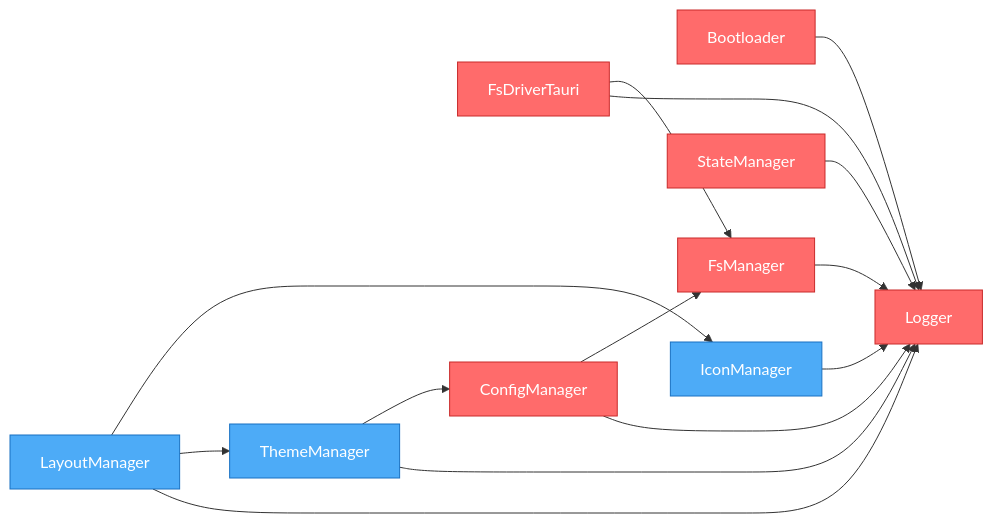
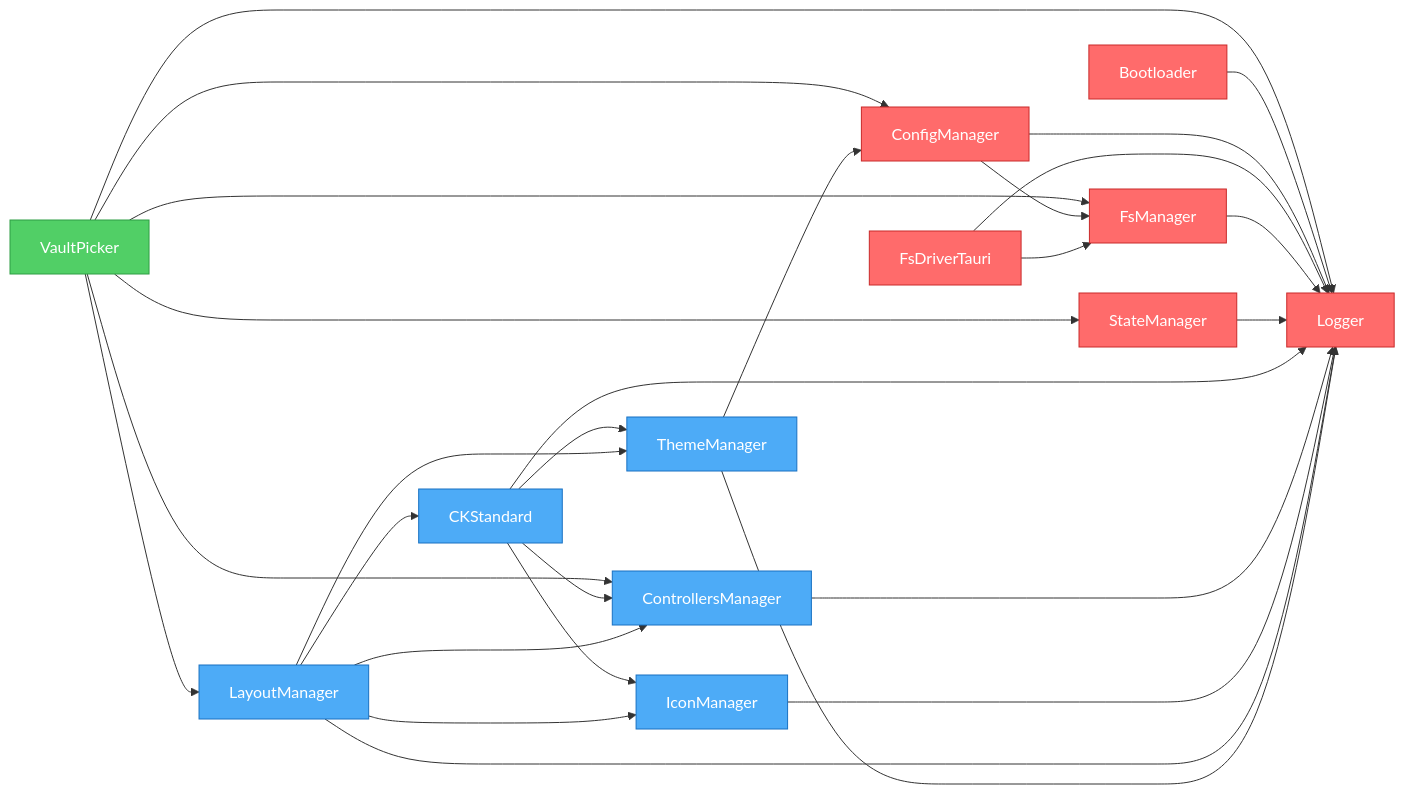
One commit to khton-tech/notehub.md changed the diagram in artifacts/graph.mmd. Above: the diagram before and after it, drawn with Mermaid. The commit also changed 23 other files, not shown here.

Commit message:
feat: Add vault picker plugin with supporting file system management and desktop integration.

```diff
--- a/artifacts/graph.mmd
+++ b/artifacts/graph.mmd
@@ -1,30 +1,47 @@
 flowchart LR
+    nh_features_vault-picker["VaultPicker"]
     nh_system_bootloader["Bootloader"]
+    nh_system_config-manager["ConfigManager"]
     nh_system_fs-driver-tauri["FsDriverTauri"]
-    nh_system_config-manager["ConfigManager"]
     nh_system_fs-manager["FsManager"]
     nh_system_logger["Logger"]
     nh_system_state-manager["StateManager"]
+    nh_ui_ck-standard["CKStandard"]
+    nh_ui_controllers-manager["ControllersManager"]
     nh_ui_icon-manager["IconManager"]
     nh_ui_layout-manager["LayoutManager"]
     nh_ui_theme-manager["ThemeManager"]
+    nh_features_vault-picker --> nh_system_fs-manager
+    nh_features_vault-picker --> nh_system_config-manager
+    nh_features_vault-picker --> nh_system_state-manager
+    nh_features_vault-picker --> nh_system_logger
+    nh_features_vault-picker --> nh_ui_controllers-manager
+    nh_features_vault-picker --> nh_ui_layout-manager
     nh_system_bootloader --> nh_system_logger
+    nh_system_config-manager --> nh_system_logger
+    nh_system_config-manager --> nh_system_fs-manager
     nh_system_fs-driver-tauri --> nh_system_logger
     nh_system_fs-driver-tauri --> nh_system_fs-manager
-    nh_system_config-manager --> nh_system_logger
-    nh_system_config-manager --> nh_system_fs-manager
     nh_system_fs-manager --> nh_system_logger
     nh_system_state-manager --> nh_system_logger
+    nh_ui_ck-standard --> nh_system_logger
+    nh_ui_ck-standard --> nh_ui_controllers-manager
+    nh_ui_ck-standard --> nh_ui_icon-manager
+    nh_ui_ck-standard --> nh_ui_theme-manager
+    nh_ui_controllers-manager --> nh_system_logger
     nh_ui_icon-manager --> nh_system_logger
     nh_ui_layout-manager --> nh_system_logger
     nh_ui_layout-manager --> nh_ui_theme-manager
     nh_ui_layout-manager --> nh_ui_icon-manager
+    nh_ui_layout-manager --> nh_ui_controllers-manager
+    nh_ui_layout-manager --> nh_ui_ck-standard
     nh_ui_theme-manager --> nh_system_logger
     nh_ui_theme-manager --> nh_system_config-manager
 
     %% Styles
     classDef system fill:#ff6b6b,stroke:#c92a2a,color:#fff
     classDef ui fill:#4dabf7,stroke:#1971c2,color:#fff
     classDef feature fill:#51cf66,stroke:#2f9e44,color:#fff
-    class nh_system_bootloader,nh_system_fs-driver-tauri,nh_system_config-manager,nh_system_fs-manager,nh_system_logger,nh_system_state-manager system
-    class nh_ui_icon-manager,nh_ui_layout-manager,nh_ui_theme-manager ui
+    class nh_features_vault-picker feature
+    class nh_system_bootloader,nh_system_config-manager,nh_system_fs-driver-tauri,nh_system_fs-manager,nh_system_logger,nh_system_state-manager system
+    class nh_ui_ck-standard,nh_ui_controllers-manager,nh_ui_icon-manager,nh_ui_layout-manager,nh_ui_theme-manager ui
```
